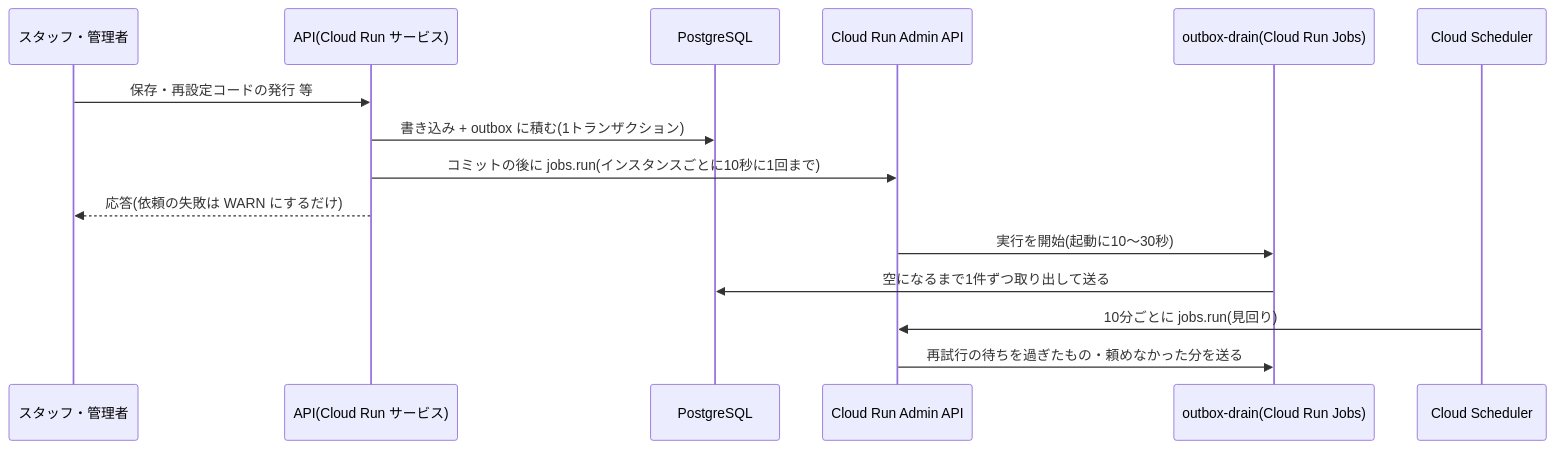
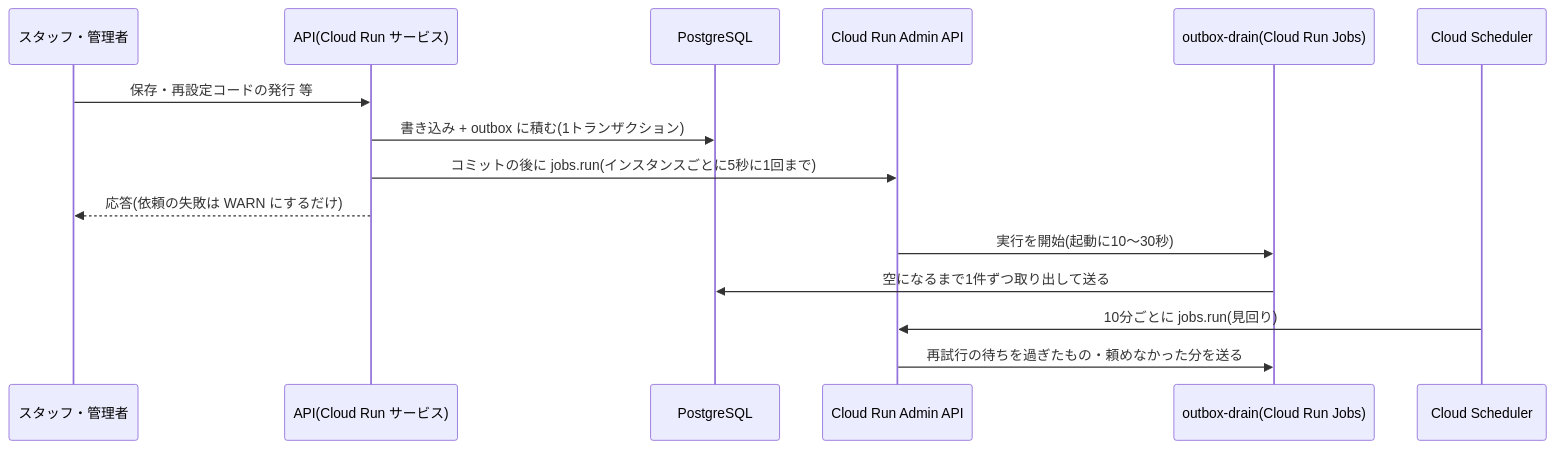
The third of 4 diagrams in doc/05_バッチ・外部連携.md (katahimo-dev/katahimo-app), drawn with Mermaid before and after one commit. The commit also changed other lines of this file and 20 other files, not shown here.

````diff
--- a/doc/05_バッチ・外部連携.md
+++ b/doc/05_バッチ・外部連携.md
@@ -106,17 +106,17 @@
 ```mermaid
 sequenceDiagram
   participant U as スタッフ・管理者
   participant A as API(Cloud Run サービス)
   participant DB as PostgreSQL
   participant R as Cloud Run Admin API
   participant J as outbox-drain(Cloud Run Jobs)
   participant S as Cloud Scheduler
   U->>A: 保存・再設定コードの発行 等
   A->>DB: 書き込み + outbox に積む(1トランザクション)
-  A->>R: コミットの後に jobs.run(インスタンスごとに10秒に1回まで)
+  A->>R: コミットの後に jobs.run(インスタンスごとに5秒に1回まで)
   A-->>U: 応答(依頼の失敗は WARN にするだけ)
   R->>J: 実行を開始(起動に10〜30秒)
   J->>DB: 空になるまで1件ずつ取り出して送る
   S->>R: 10分ごとに jobs.run(見回り)
   R->>J: 再試行の待ちを過ぎたもの・頼めなかった分を送る
 ```
````
